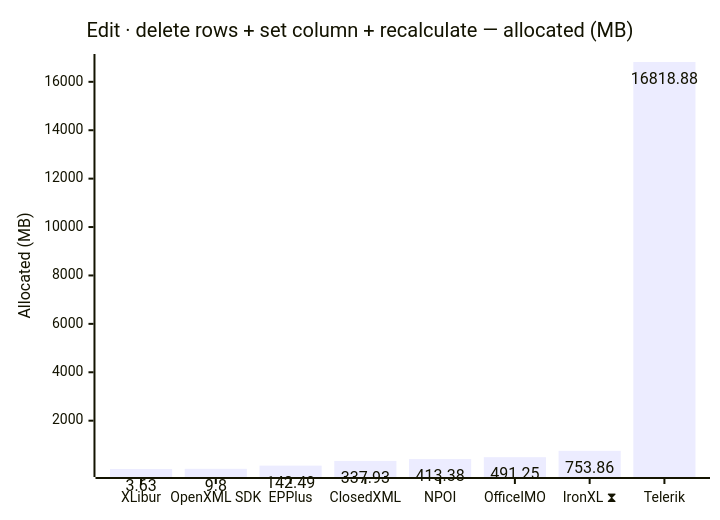
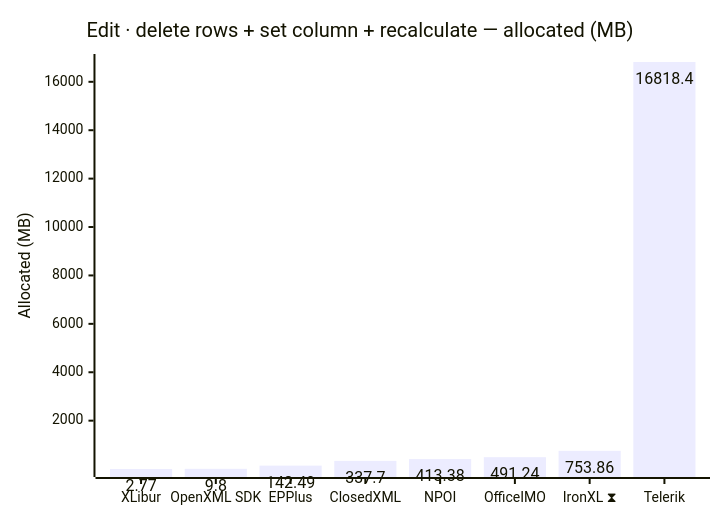
One commit to jafin/XLBench changed the tenth of 12 diagrams in docs/results.md. Above: the diagram before and after it, drawn with Mermaid. The commit also changed other lines of this file and 4 other files, not shown here.

````diff
--- a/docs/results.md
+++ b/docs/results.md
@@ -159,12 +159,12 @@
 ```mermaid
 ---
 config:
   xyChart:
     showDataLabel: true
 ---
 xychart-beta
     title "Edit · delete rows + set column + recalculate — allocated (MB)"
     x-axis ["XLibur", "OpenXML SDK", "EPPlus", "ClosedXML", "NPOI", "OfficeIMO", "IronXL ⧗", "Telerik"]
     y-axis "Allocated (MB)"
-    bar [3.63, 9.8, 142.49, 337.93, 413.38, 491.25, 753.86, 16818.88]
+    bar [2.77, 9.8, 142.49, 337.7, 413.38, 491.24, 753.86, 16818.4]
 ```
````
